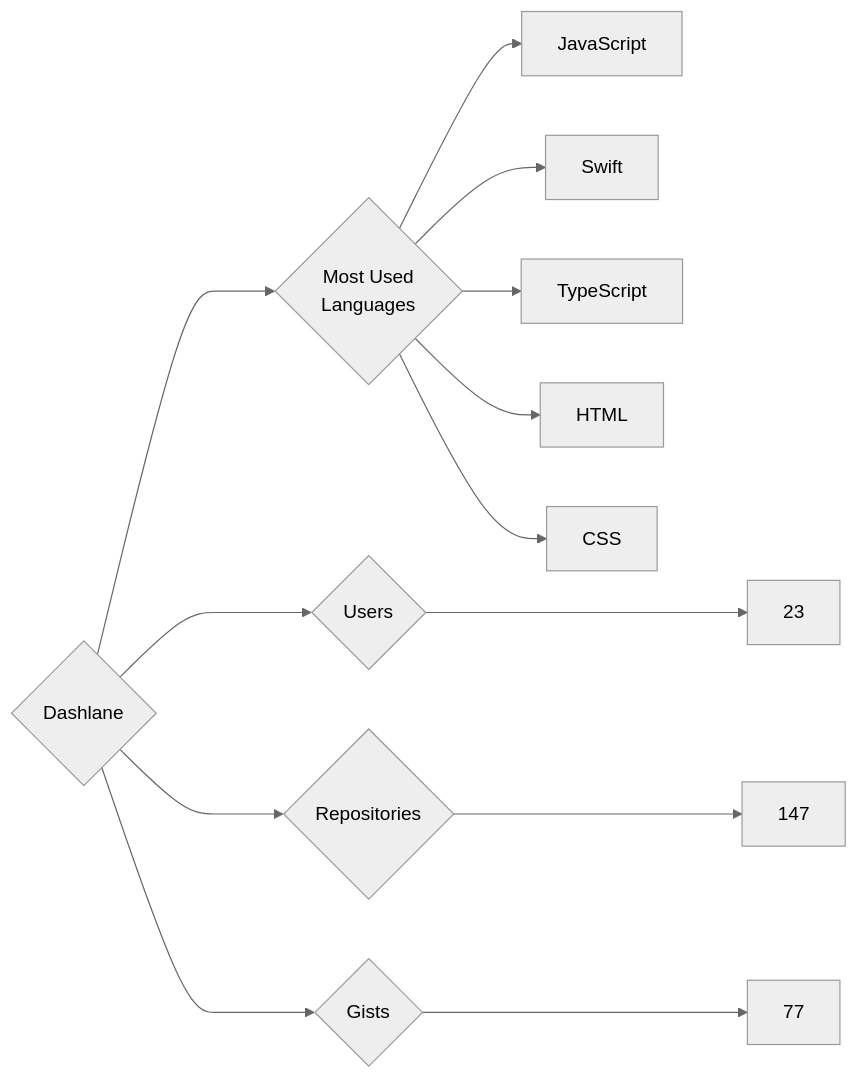
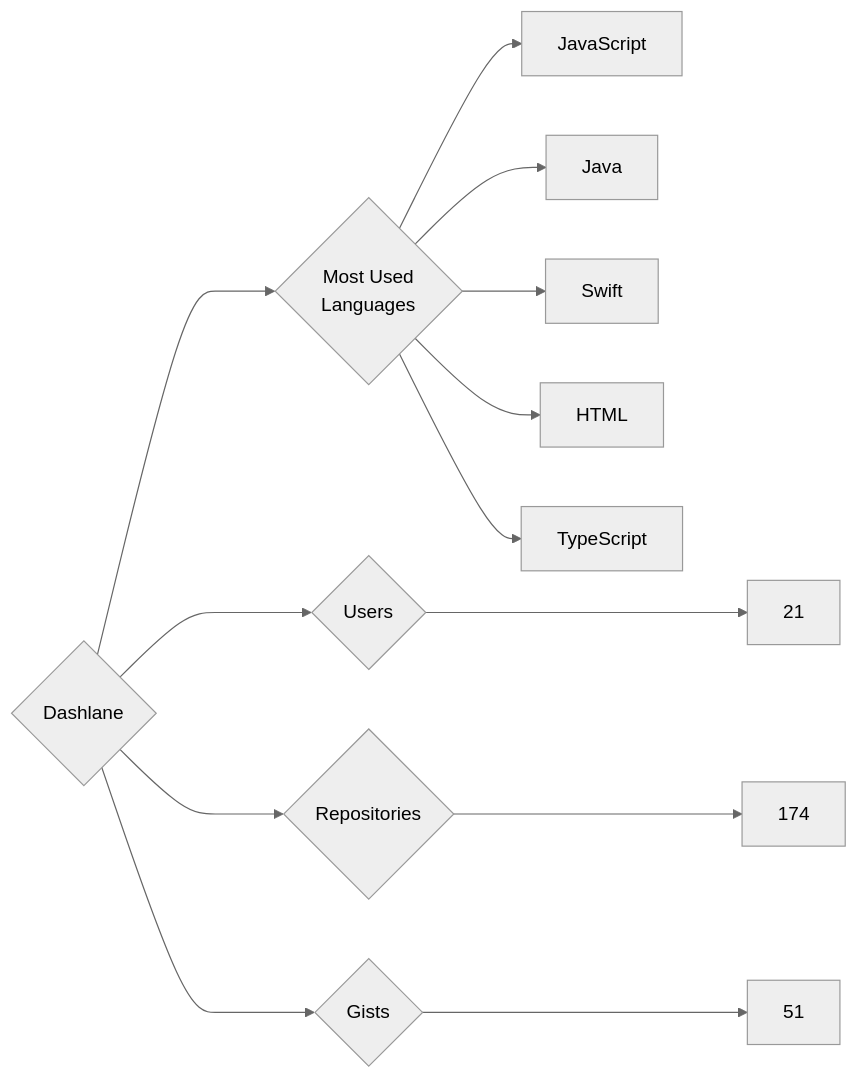
One commit to trickest/insiders changed the diagram in targets/Dashlane/README.md. Above: the diagram before and after it, drawn with Mermaid (neutral theme). The commit also changed 882 other files, not shown here.

````diff
--- a/targets/Dashlane/README.md
+++ b/targets/Dashlane/README.md
@@ -3,13 +3,13 @@
 ```mermaid
 graph LR
 COMPANY_NAME{Dashlane}
-COMPANY_NAME ---> U{Users} ---> UN[23]
-COMPANY_NAME ---> R{Repositories} ---> RN[147]
-COMPANY_NAME ---> G{Gists} ---> GN[77]
+COMPANY_NAME ---> U{Users} ---> UN[21]
+COMPANY_NAME ---> R{Repositories} ---> RN[174]
+COMPANY_NAME ---> G{Gists} ---> GN[51]
 COMPANY_NAME ---> ML{Most Used<br>Languages}
 ML --> JavaScript[JavaScript]
+ML --> Java[Java]
 ML --> Swift[Swift]
+ML --> HTML[HTML]
 ML --> TypeScript[TypeScript]
-ML --> HTML[HTML]
-ML --> CSS[CSS]
 ```
````
